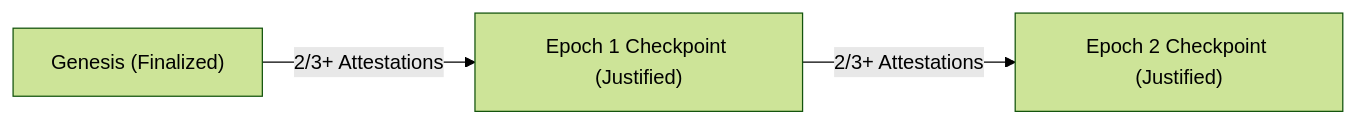
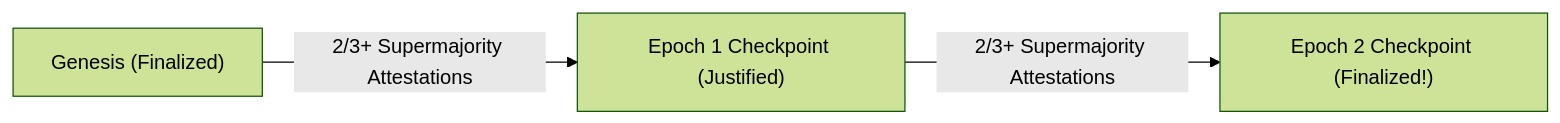
The sixth of 7 diagrams in docs/learn/fundamentals/03-consensus-and-game-theory/03-proof-of-stake-and-finality-gadgets.md (ub-society/modules), drawn with Mermaid (forest theme) before and after one commit. The commit also changed other lines of this file and 3 other files, not shown here.

````diff
--- a/docs/learn/fundamentals/03-consensus-and-game-theory/03-proof-of-stake-and-finality-gadgets.md
+++ b/docs/learn/fundamentals/03-consensus-and-game-theory/03-proof-of-stake-and-finality-gadgets.md
@@ -122,5 +190,5 @@
 ```mermaid
 flowchart LR
-    C0["Genesis (Finalized)"] -->|2/3+ Attestations| C1["Epoch 1 Checkpoint (Justified)"]
-    C1 -->|2/3+ Attestations| C2["Epoch 2 Checkpoint (Justified)"]
+    C0["Genesis (Finalized)"] -->|2/3+ Supermajority Attestations| C1["Epoch 1 Checkpoint (Justified)"]
+    C1 -->|2/3+ Supermajority Attestations| C2["Epoch 2 Checkpoint (Finalized!)"]
 ```
````
